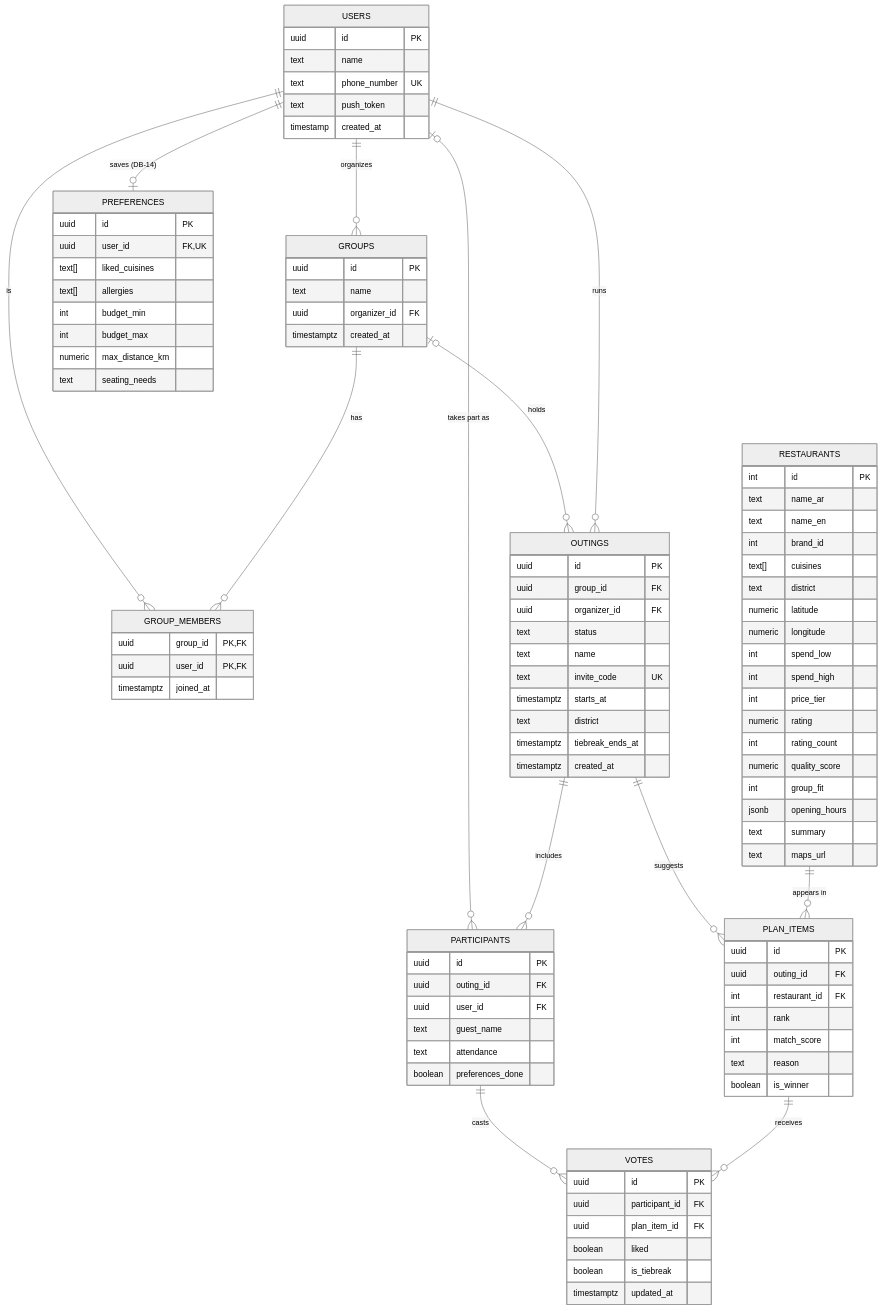
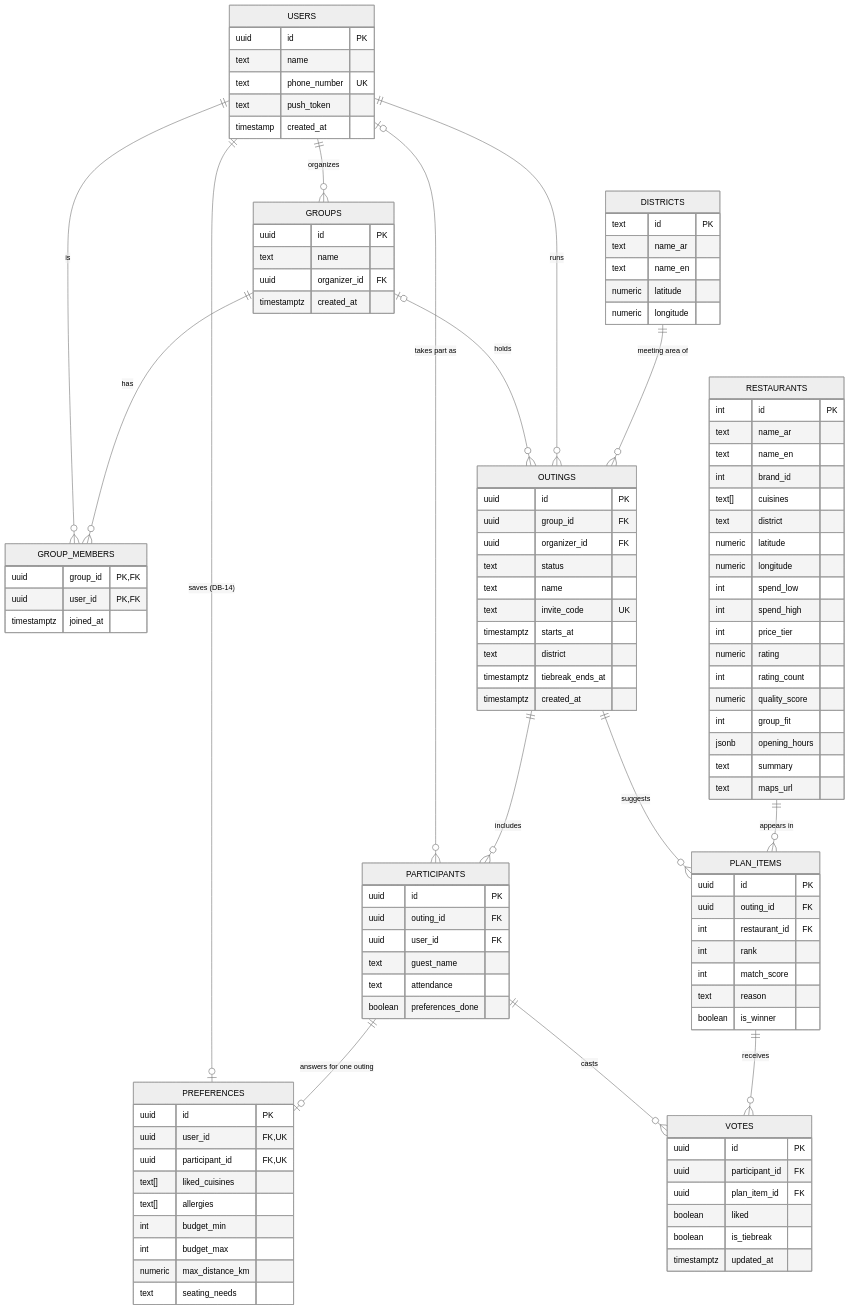
Before and after one commit to shathaaa1110-arch/Portfolio-Project: the second of 11 diagrams in Docs/TechnicalDoc.md, drawn with Mermaid (neutral theme). The commit also changed other lines of this file and 9 other files, not shown here.

```diff
--- a/Docs/TechnicalDoc.md
+++ b/Docs/TechnicalDoc.md
@@ -347,6 +347,8 @@
     PARTICIPANTS ||--o{ VOTES : "casts"
     PLAN_ITEMS ||--o{ VOTES : "receives"
     USERS ||--o| PREFERENCES : "saves (DB-14)"
+    PARTICIPANTS ||--o| PREFERENCES : "answers for one outing"
+    DISTRICTS ||--o{ OUTINGS : "meeting area of"
 
     USERS {
         uuid id PK
@@ -389,6 +391,7 @@
     PREFERENCES {
         uuid id PK
         uuid user_id FK, UK
+        uuid participant_id FK, UK
         text[] liked_cuisines
         text[] allergies
         int budget_min
@@ -416,6 +419,13 @@
         text summary
         text maps_url
     }
+    DISTRICTS {
+        text id PK
+        text name_ar
+        text name_en
+        numeric latitude
+        numeric longitude
+    }
     PLAN_ITEMS {
         uuid id PK
         uuid outing_id FK
```
